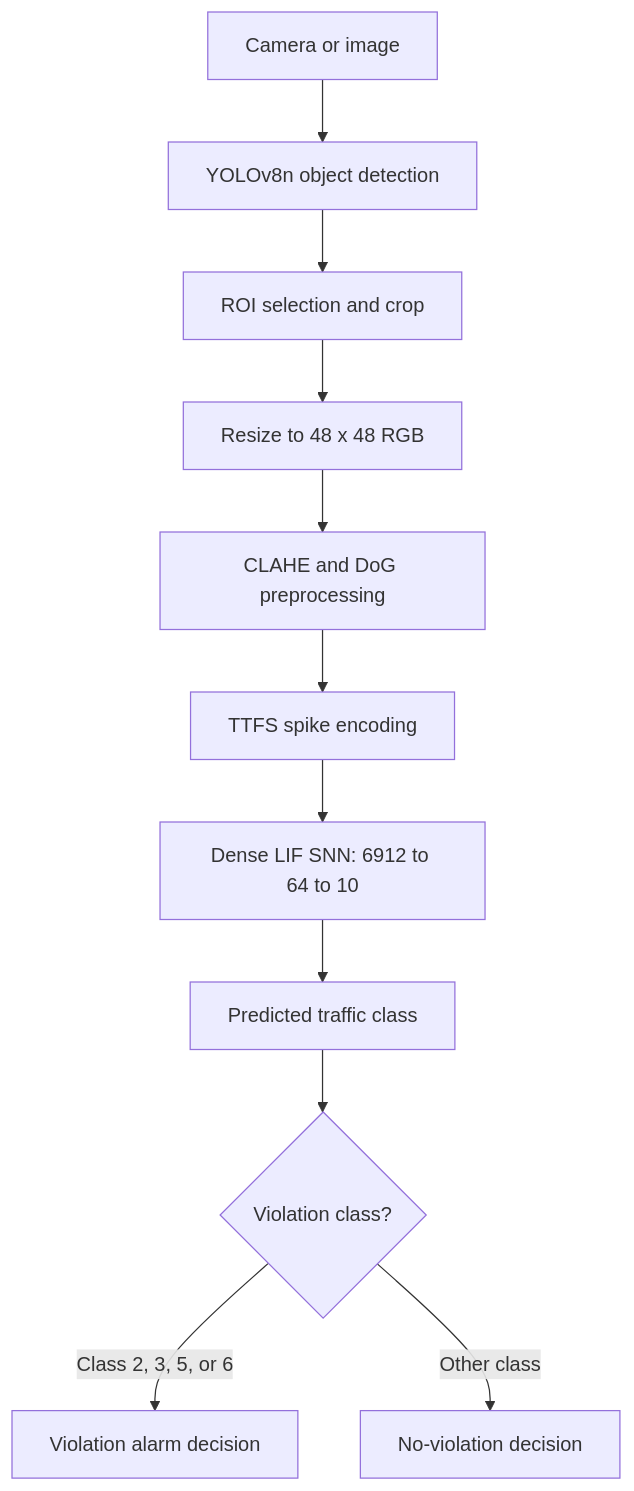
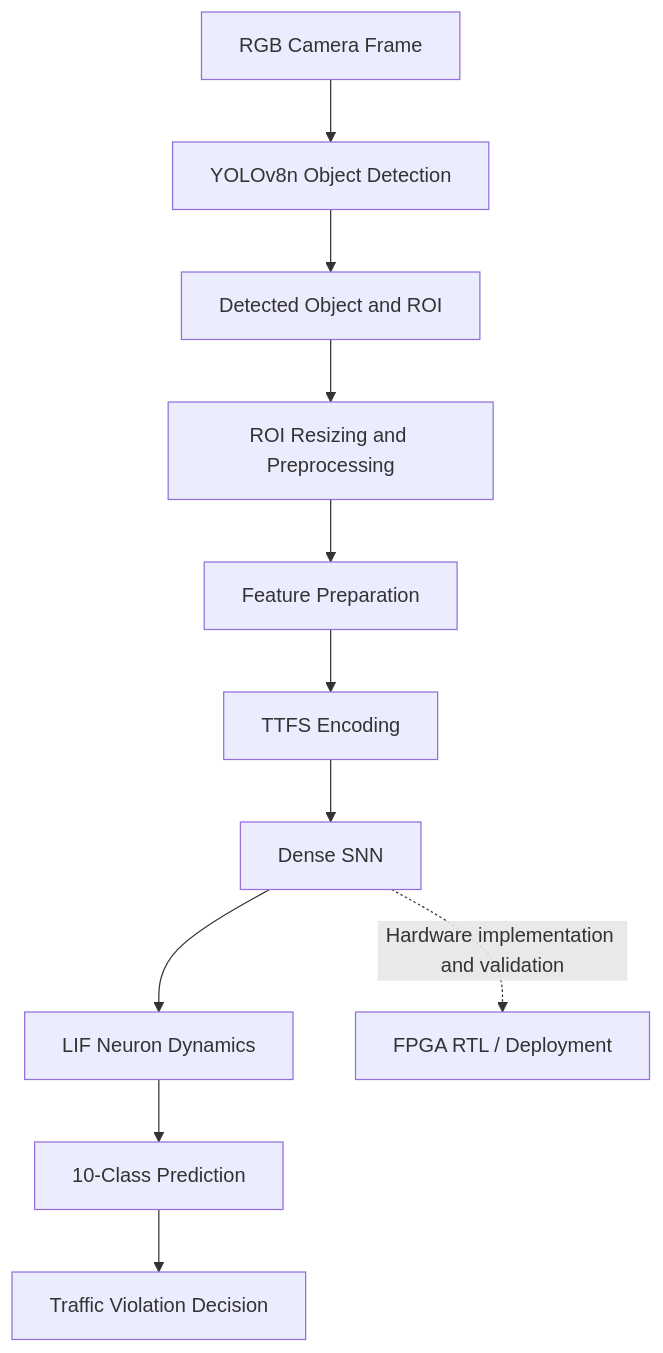
The diagram in README.md (Aberlin2006/Hybrid-SNN-Traffic-Violation-Detection), drawn with Mermaid before and after one commit. The commit also changed other lines of this file, not shown here.

First line of the commit message:
Revise README for Hybrid-SNN project overview

````diff
--- a/README.md
+++ b/README.md
@@ -9,13 +38,14 @@
 ```mermaid
 flowchart TD
-    A[Camera or image] --> B[YOLOv8n object detection]
-    B --> C[ROI selection and crop]
-    C --> D[Resize to 48 x 48 RGB]
-    D --> E[CLAHE and DoG preprocessing]
-    E --> F[TTFS spike encoding]
-    F --> G[Dense LIF SNN: 6912 to 64 to 10]
-    G --> H[Predicted traffic class]
-    H --> I{Violation class?}
-    I -->|Class 2, 3, 5, or 6| J[Violation alarm decision]
-    I -->|Other class| K[No-violation decision]
+    A["RGB Camera Frame"] --> B["YOLOv8n Object Detection"]
+    B --> C["Detected Object and ROI"]
+    C --> D["ROI Resizing and Preprocessing"]
+    D --> E["Feature Preparation"]
+    E --> F["TTFS Encoding"]
+    F --> G["Dense SNN"]
+    G --> H["LIF Neuron Dynamics"]
+    H --> I["10-Class Prediction"]
+    I --> J["Traffic Violation Decision"]
+
+    G -. "Hardware implementation and validation" .-> K["FPGA RTL / Deployment"]
 ```
````
